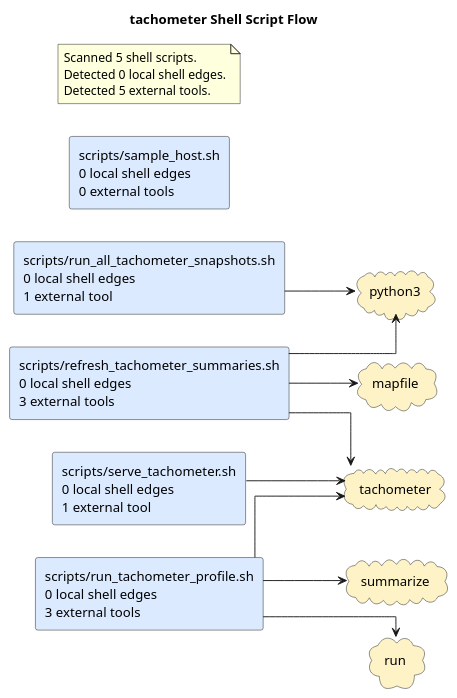
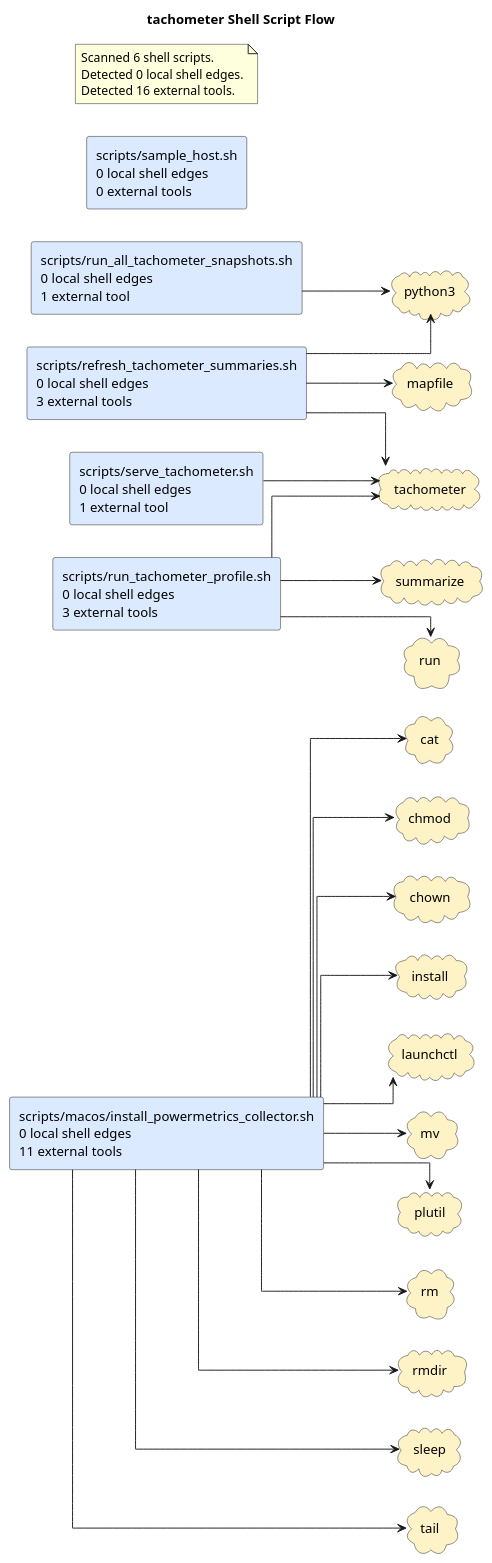
One commit to casonk/tachometer changed the diagram in docs/diagrams/shell-call-graph.puml. Above: the diagram before and after it, drawn with PlantUML. The commit also changed 5 other files, not shown here.

First line of the commit message:
docs: regenerate architecture diagrams (#24)

```diff
--- a/docs/diagrams/shell-call-graph.puml
+++ b/docs/diagrams/shell-call-graph.puml
@@ -1,31 +1,54 @@
 @startuml
 title tachometer Shell Script Flow
 left to right direction
 skinparam shadowing false
 skinparam defaultFontName Monospace
 skinparam componentStyle rectangle
 skinparam linetype ortho
+rectangle "scripts/macos/install_powermetrics_collector.sh\n0 local shell edges\n11 external tools" as shell_scripts_macos_install_powermetrics_collector_sh #DBEAFE
 rectangle "scripts/refresh_tachometer_summaries.sh\n0 local shell edges\n3 external tools" as shell_scripts_refresh_tachometer_summaries_sh #DBEAFE
 rectangle "scripts/run_all_tachometer_snapshots.sh\n0 local shell edges\n1 external tool" as shell_scripts_run_all_tachometer_snapshots_sh #DBEAFE
 rectangle "scripts/run_tachometer_profile.sh\n0 local shell edges\n3 external tools" as shell_scripts_run_tachometer_profile_sh #DBEAFE
 rectangle "scripts/sample_host.sh\n0 local shell edges\n0 external tools" as shell_scripts_sample_host_sh #DBEAFE
 rectangle "scripts/serve_tachometer.sh\n0 local shell edges\n1 external tool" as shell_scripts_serve_tachometer_sh #DBEAFE
+cloud "cat" as tool_cat #FEF3C7
+cloud "chmod" as tool_chmod #FEF3C7
+cloud "chown" as tool_chown #FEF3C7
+cloud "install" as tool_install #FEF3C7
+cloud "launchctl" as tool_launchctl #FEF3C7
 cloud "mapfile" as tool_mapfile #FEF3C7
+cloud "mv" as tool_mv #FEF3C7
+cloud "plutil" as tool_plutil #FEF3C7
 cloud "python3" as tool_python3 #FEF3C7
+cloud "rm" as tool_rm #FEF3C7
+cloud "rmdir" as tool_rmdir #FEF3C7
 cloud "run" as tool_run #FEF3C7
+cloud "sleep" as tool_sleep #FEF3C7
 cloud "summarize" as tool_summarize #FEF3C7
 cloud "tachometer" as tool_tachometer #FEF3C7
+cloud "tail" as tool_tail #FEF3C7
+shell_scripts_macos_install_powermetrics_collector_sh --> tool_cat
+shell_scripts_macos_install_powermetrics_collector_sh --> tool_chmod
+shell_scripts_macos_install_powermetrics_collector_sh --> tool_chown
+shell_scripts_macos_install_powermetrics_collector_sh --> tool_install
+shell_scripts_macos_install_powermetrics_collector_sh --> tool_launchctl
+shell_scripts_macos_install_powermetrics_collector_sh --> tool_mv
+shell_scripts_macos_install_powermetrics_collector_sh --> tool_plutil
+shell_scripts_macos_install_powermetrics_collector_sh --> tool_rm
+shell_scripts_macos_install_powermetrics_collector_sh --> tool_rmdir
+shell_scripts_macos_install_powermetrics_collector_sh --> tool_sleep
+shell_scripts_macos_install_powermetrics_collector_sh --> tool_tail
 shell_scripts_refresh_tachometer_summaries_sh --> tool_mapfile
 shell_scripts_refresh_tachometer_summaries_sh --> tool_python3
 shell_scripts_refresh_tachometer_summaries_sh --> tool_tachometer
 shell_scripts_run_all_tachometer_snapshots_sh --> tool_python3
 shell_scripts_run_tachometer_profile_sh --> tool_run
 shell_scripts_run_tachometer_profile_sh --> tool_summarize
 shell_scripts_run_tachometer_profile_sh --> tool_tachometer
 shell_scripts_serve_tachometer_sh --> tool_tachometer
 note as shellGraphSummary
-Scanned 5 shell scripts.
+Scanned 6 shell scripts.
 Detected 0 local shell edges.
-Detected 5 external tools.
+Detected 16 external tools.
 end note
 @enduml
```
